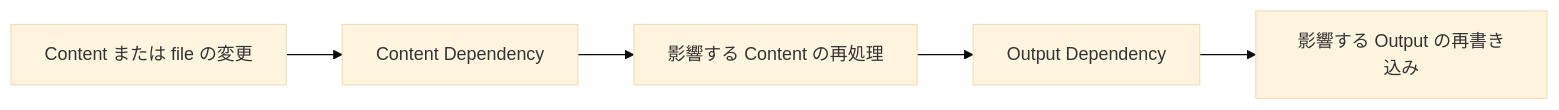
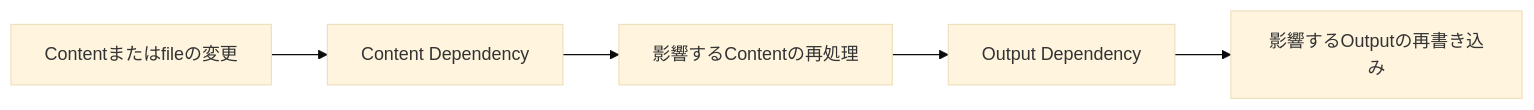
Before and after one commit to Rerurate514/riebeckite: the diagram in docs/ja/docs/framework/build-dependency.md, drawn with Mermaid (base theme). The commit also changed other lines of this file and 2 other files, not shown here.

````diff
--- a/docs/ja/docs/framework/build-dependency.md
+++ b/docs/ja/docs/framework/build-dependency.md
@@ -7,7 +7,7 @@
 ```mermaid
 flowchart LR
-    Change["Content または file の変更"] --> Content["Content Dependency"]
-    Content --> Reprocess["影響する Content の再処理"]
+    Change["Contentまたはfileの変更"] --> Content["Content Dependency"]
+    Content --> Reprocess["影響するContentの再処理"]
     Reprocess --> Output["Output Dependency"]
-    Output --> Rewrite["影響する Output の再書き込み"]
+    Output --> Rewrite["影響するOutputの再書き込み"]
 ```
````
